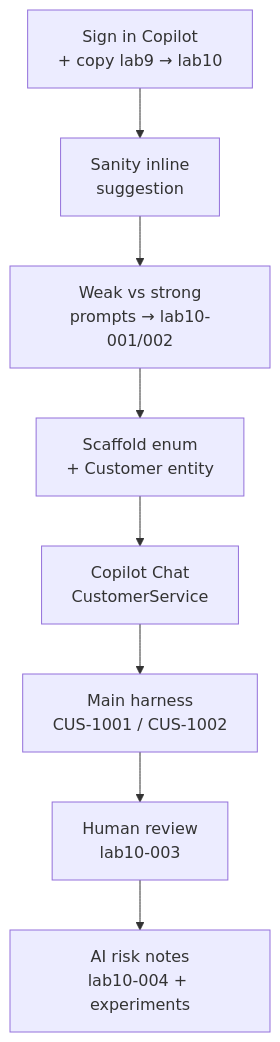
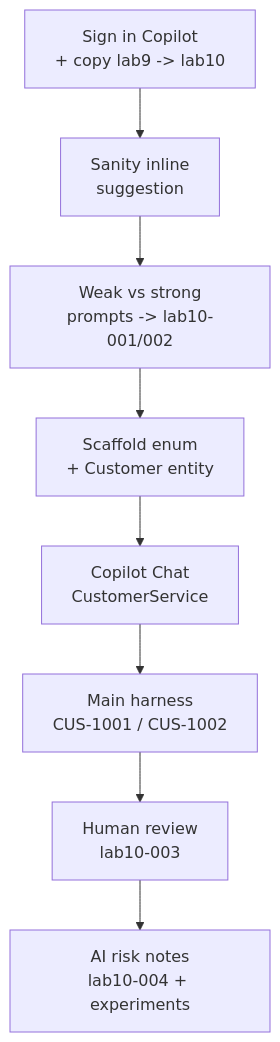
The second of 2 diagrams in labs/Week 2 - Backend, AI Tools and Testing/module-10/lab10/LAB-10-GUIDE.md (pupilliluke/bc-sw-engineer-java-participant), drawn with Mermaid before and after one commit. The commit also changed 55 other files, not shown here.

Commit message:
Stop publishing local screenshots; harden Mermaid for GitHub; sync only tracked lab files.

````diff
--- a/labs/Week 2 - Backend, AI Tools and Testing/module-10/lab10/LAB-10-GUIDE.md
+++ b/labs/Week 2 - Backend, AI Tools and Testing/module-10/lab10/LAB-10-GUIDE.md
@@ -95,10 +95,10 @@
 ```mermaid
 flowchart TD
-    A["Sign in Copilot<br/>+ copy lab9 → lab10"] --> B["Sanity inline<br/>suggestion"]
-    B --> C["Weak vs strong<br/>prompts → lab10-001/002"]
+    A["Sign in Copilot<br/>+ copy lab9 -> lab10"] --> B["Sanity inline<br/>suggestion"]
+    B --> C["Weak vs strong<br/>prompts -> lab10-001/002"]
     C --> D["Scaffold enum<br/>+ Customer entity"]
     D --> E["Copilot Chat<br/>CustomerService"]
     E --> F["Main harness<br/>CUS-1001 / CUS-1002"]
     F --> G["Human review<br/>lab10-003"]
     G --> H["AI risk notes<br/>lab10-004 + experiments"]
 ```
````
